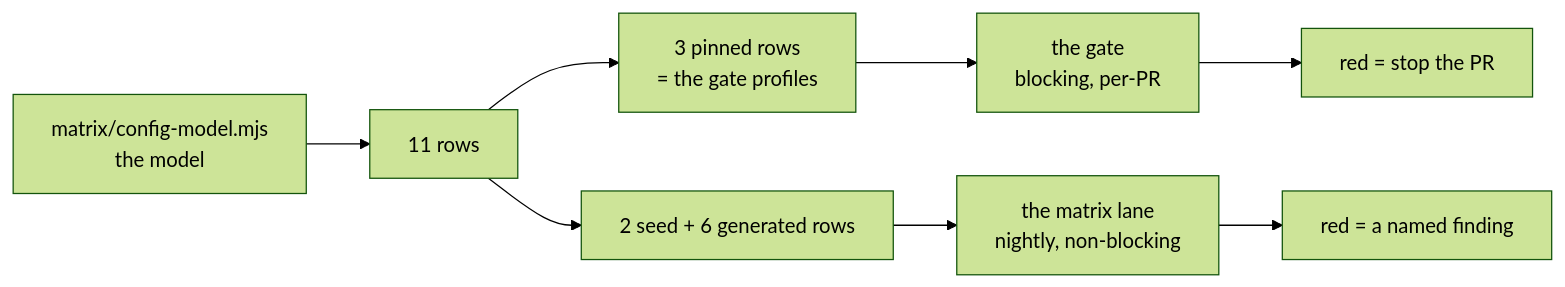
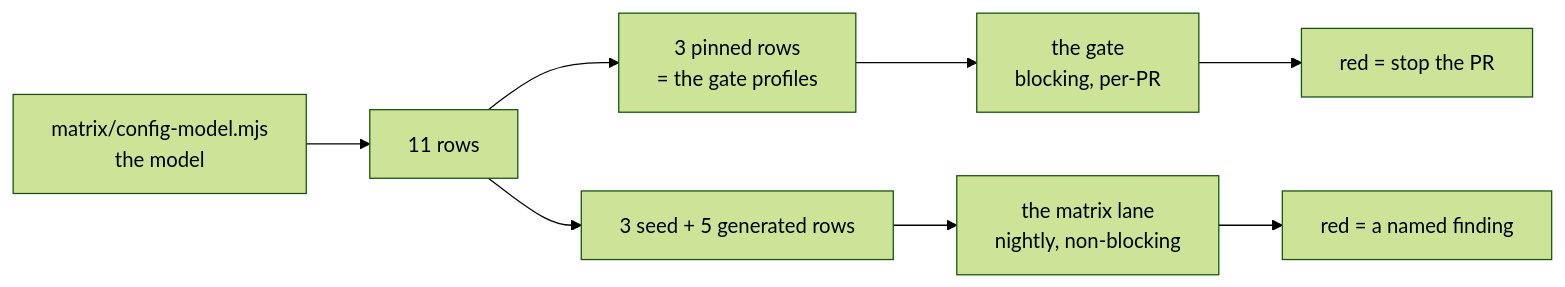
One commit to canonical/canonical-identity-platform-testing changed the first of 5 diagrams in docs/testing-spec.md. Above: the diagram before and after it, drawn with Mermaid (forest theme). The commit also changed other lines of this file and 28 other files, not shown here.

````diff
--- a/docs/testing-spec.md
+++ b/docs/testing-spec.md
@@ -17,10 +17,10 @@
 ```mermaid
 flowchart LR
   M["matrix/config-model.mjs<br/>the model"] --> R["11 rows"]
   R --> GP["3 pinned rows<br/>= the gate profiles"]
-  R --> MR["2 seed + 6 generated rows"]
+  R --> MR["3 seed + 5 generated rows"]
   GP --> G["the gate<br/>blocking, per-PR"]
   MR --> N["the matrix lane<br/>nightly, non-blocking"]
   G --> V["red = stop the PR"]
   N --> F["red = a named finding"]
 ```
````
